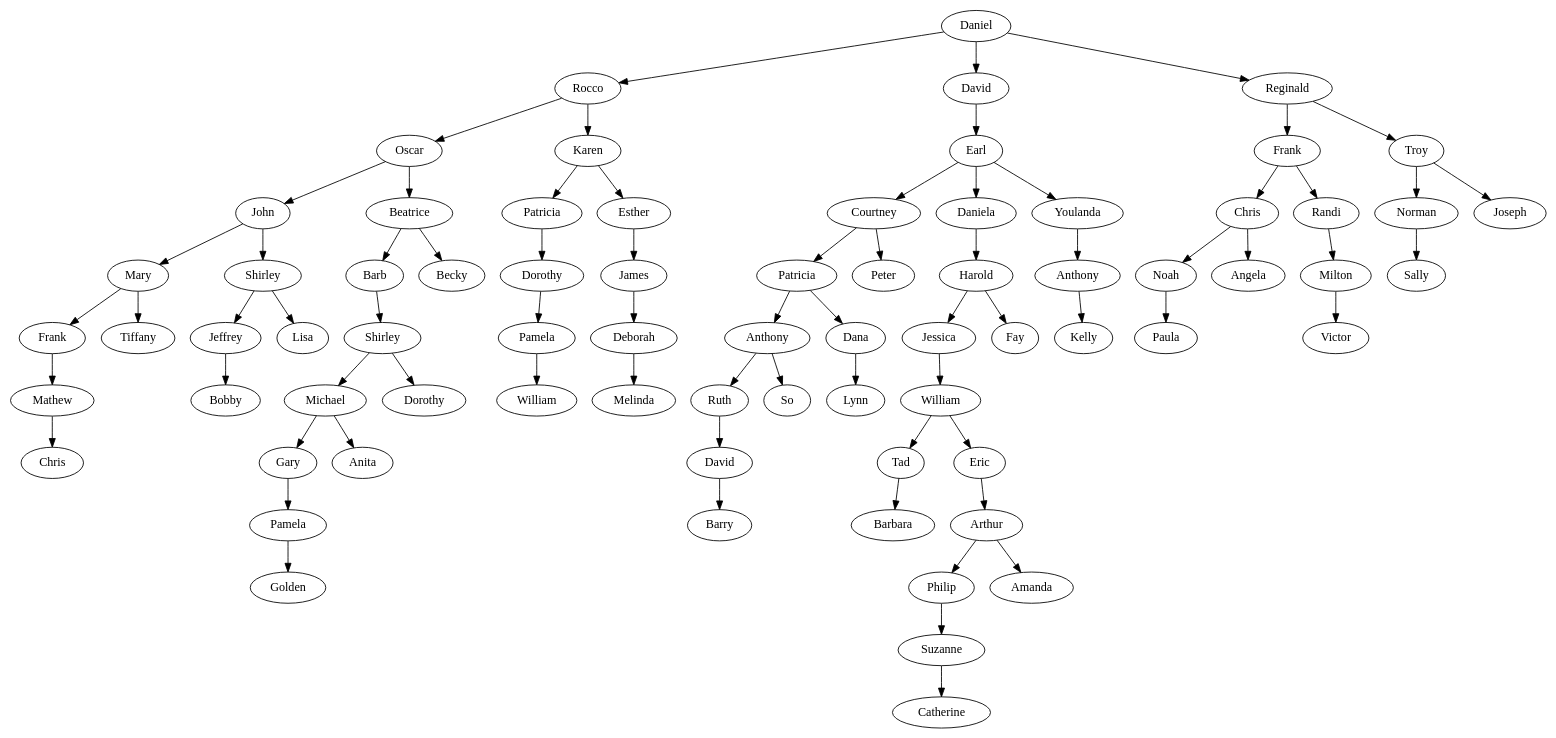
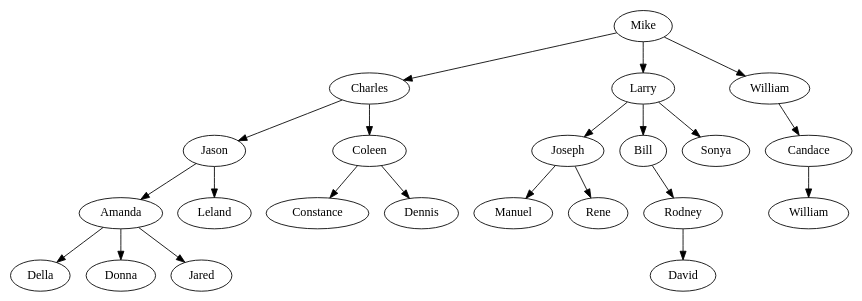
The diagram in src/family_tree.gv (sonjabrits/plant_game), drawn with Graphviz before and after one commit. The commit also changed 4 other files, not shown here.

```diff
--- a/src/family_tree.gv
+++ b/src/family_tree.gv
@@ -1,220 +1,67 @@
 // Garden family tree
 digraph {
-	0 [label=Daniel]
-	1 [label=Rocco]
+	0 [label=Mike]
+	1 [label=Charles]
 	0 -> 1
-	1 [label=Rocco]
-	3 [label=Oscar]
+	1 [label=Charles]
+	3 [label=Jason]
 	1 -> 3
-	3 [label=Oscar]
-	7 [label=John]
-	3 -> 7
-	7 [label=John]
-	15 [label=Mary]
-	7 -> 15
-	15 [label=Mary]
-	24 [label=Frank]
-	15 -> 24
-	24 [label=Frank]
-	36 [label=Mathew]
-	24 -> 36
-	36 [label=Mathew]
-	55 [label=Chris]
-	36 -> 55
-	55 [label=Chris]
-	32 [label=Tiffany]
-	15 -> 32
-	32 [label=Tiffany]
-	21 [label=Shirley]
-	7 -> 21
-	21 [label=Shirley]
-	34 [label=Jeffrey]
-	21 -> 34
-	34 [label=Jeffrey]
-	45 [label=Bobby]
-	34 -> 45
-	45 [label=Bobby]
-	41 [label=Lisa]
-	21 -> 41
-	41 [label=Lisa]
-	11 [label=Beatrice]
-	3 -> 11
-	11 [label=Beatrice]
-	20 [label=Barb]
-	11 -> 20
-	20 [label=Barb]
-	38 [label=Shirley]
-	20 -> 38
-	38 [label=Shirley]
-	51 [label=Michael]
-	38 -> 51
-	51 [label=Michael]
-	59 [label=Gary]
-	51 -> 59
-	59 [label=Gary]
-	65 [label=Pamela]
-	59 -> 65
-	65 [label=Pamela]
-	67 [label=Golden]
-	65 -> 67
-	67 [label=Golden]
-	62 [label=Anita]
-	51 -> 62
-	62 [label=Anita]
-	60 [label=Dorothy]
-	38 -> 60
-	60 [label=Dorothy]
-	31 [label=Becky]
-	11 -> 31
-	31 [label=Becky]
-	5 [label=Karen]
-	1 -> 5
-	5 [label=Karen]
-	8 [label=Patricia]
-	5 -> 8
-	8 [label=Patricia]
-	16 [label=Dorothy]
-	8 -> 16
-	16 [label=Dorothy]
-	25 [label=Pamela]
-	16 -> 25
-	25 [label=Pamela]
-	48 [label=William]
-	25 -> 48
-	48 [label=William]
-	13 [label=Esther]
-	5 -> 13
-	13 [label=Esther]
-	23 [label=James]
-	13 -> 23
-	23 [label=James]
-	42 [label=Deborah]
-	23 -> 42
-	42 [label=Deborah]
-	53 [label=Melinda]
-	42 -> 53
-	53 [label=Melinda]
-	2 [label=David]
+	3 [label=Jason]
+	6 [label=Amanda]
+	3 -> 6
+	6 [label=Amanda]
+	12 [label=Della]
+	6 -> 12
+	12 [label=Della]
+	16 [label=Donna]
+	6 -> 16
+	16 [label=Donna]
+	20 [label=Jared]
+	6 -> 20
+	20 [label=Jared]
+	13 [label=Leland]
+	3 -> 13
+	13 [label=Leland]
+	7 [label=Coleen]
+	1 -> 7
+	7 [label=Coleen]
+	14 [label=Constance]
+	7 -> 14
+	14 [label=Constance]
+	18 [label=Dennis]
+	7 -> 18
+	18 [label=Dennis]
+	2 [label=Larry]
 	0 -> 2
-	2 [label=David]
-	6 [label=Earl]
-	2 -> 6
-	6 [label=Earl]
-	9 [label=Courtney]
-	6 -> 9
-	9 [label=Courtney]
-	17 [label=Patricia]
-	9 -> 17
-	17 [label=Patricia]
-	26 [label=Anthony]
-	17 -> 26
-	26 [label=Anthony]
-	37 [label=Ruth]
-	26 -> 37
-	37 [label=Ruth]
-	47 [label=David]
-	37 -> 47
-	47 [label=David]
-	56 [label=Barry]
-	47 -> 56
-	56 [label=Barry]
-	49 [label=So]
-	26 -> 49
-	49 [label=So]
-	33 [label=Dana]
-	17 -> 33
-	33 [label=Dana]
-	52 [label=Lynn]
-	33 -> 52
-	52 [label=Lynn]
-	27 [label=Peter]
-	9 -> 27
-	27 [label=Peter]
-	14 [label=Daniela]
-	6 -> 14
-	14 [label=Daniela]
-	30 [label=Harold]
-	14 -> 30
-	30 [label=Harold]
-	44 [label=Jessica]
-	30 -> 44
-	44 [label=Jessica]
-	54 [label=William]
-	44 -> 54
-	54 [label=William]
-	63 [label=Tad]
-	54 -> 63
-	63 [label=Tad]
-	66 [label=Barbara]
-	63 -> 66
-	66 [label=Barbara]
-	64 [label=Eric]
-	54 -> 64
-	64 [label=Eric]
-	68 [label=Arthur]
-	64 -> 68
-	68 [label=Arthur]
-	69 [label=Philip]
-	68 -> 69
-	69 [label=Philip]
-	71 [label=Suzanne]
-	69 -> 71
-	71 [label=Suzanne]
-	72 [label=Catherine]
-	71 -> 72
-	72 [label=Catherine]
-	70 [label=Amanda]
-	68 -> 70
-	70 [label=Amanda]
-	50 [label=Fay]
-	30 -> 50
-	50 [label=Fay]
-	18 [label=Youlanda]
-	6 -> 18
-	18 [label=Youlanda]
-	39 [label=Anthony]
-	18 -> 39
-	39 [label=Anthony]
-	61 [label=Kelly]
-	39 -> 61
-	61 [label=Kelly]
-	4 [label=Reginald]
+	2 [label=Larry]
+	5 [label=Joseph]
+	2 -> 5
+	5 [label=Joseph]
+	10 [label=Manuel]
+	5 -> 10
+	10 [label=Manuel]
+	17 [label=Rene]
+	5 -> 17
+	17 [label=Rene]
+	9 [label=Bill]
+	2 -> 9
+	9 [label=Bill]
+	15 [label=Rodney]
+	9 -> 15
+	15 [label=Rodney]
+	21 [label=David]
+	15 -> 21
+	21 [label=David]
+	11 [label=Sonya]
+	2 -> 11
+	11 [label=Sonya]
+	4 [label=William]
 	0 -> 4
-	4 [label=Reginald]
-	10 [label=Frank]
-	4 -> 10
-	10 [label=Frank]
-	19 [label=Chris]
-	10 -> 19
-	19 [label=Chris]
-	35 [label=Noah]
-	19 -> 35
-	35 [label=Noah]
-	57 [label=Paula]
-	35 -> 57
-	57 [label=Paula]
-	40 [label=Angela]
-	19 -> 40
-	40 [label=Angela]
-	28 [label=Randi]
-	10 -> 28
-	28 [label=Randi]
-	43 [label=Milton]
-	28 -> 43
-	43 [label=Milton]
-	58 [label=Victor]
-	43 -> 58
-	58 [label=Victor]
-	12 [label=Troy]
-	4 -> 12
-	12 [label=Troy]
-	22 [label=Norman]
-	12 -> 22
-	22 [label=Norman]
-	46 [label=Sally]
-	22 -> 46
-	46 [label=Sally]
-	29 [label=Joseph]
-	12 -> 29
-	29 [label=Joseph]
+	4 [label=William]
+	8 [label=Candace]
+	4 -> 8
+	8 [label=Candace]
+	19 [label=William]
+	8 -> 19
+	19 [label=William]
 }
```
